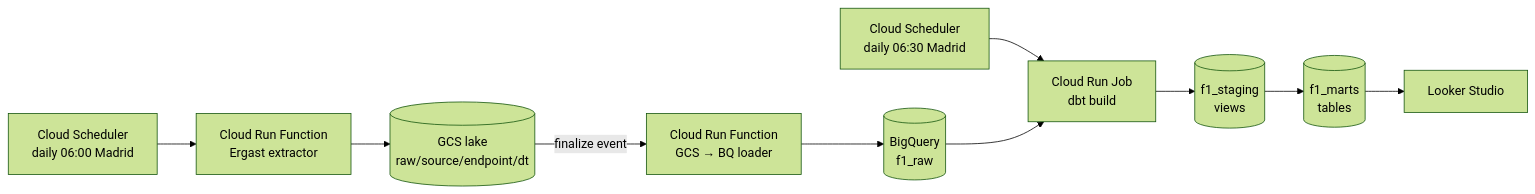
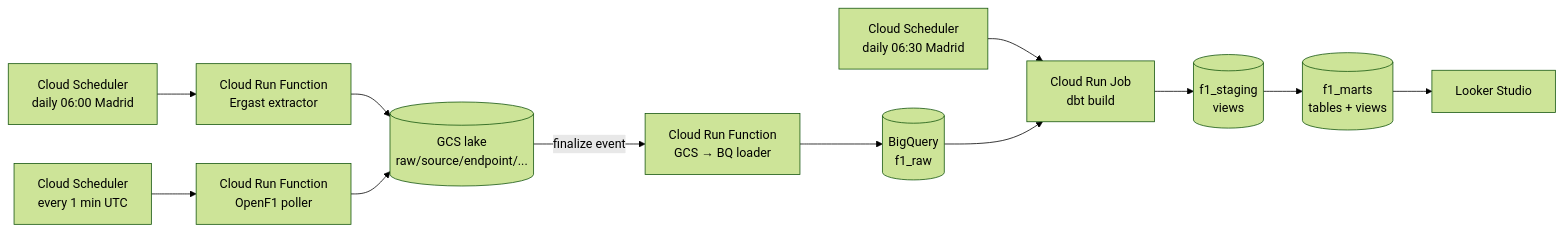
Before and after one commit to mkhlndrv/f1-gcp-pipeline: the diagram in README.md, drawn with Mermaid (forest theme). The commit also changed other lines of this file, not shown here.

````diff
--- a/README.md
+++ b/README.md
@@ -23,11 +28,13 @@
 ```mermaid
 flowchart LR
     SCH1[Cloud Scheduler<br/>daily 06:00 Madrid] --> EXT1[Cloud Run Function<br/>Ergast extractor]
-    EXT1 --> GCS[(GCS lake<br/>raw/source/endpoint/dt)]
+    SCH2[Cloud Scheduler<br/>every 1 min UTC] --> EXT2[Cloud Run Function<br/>OpenF1 poller]
+    EXT1 --> GCS[(GCS lake<br/>raw/source/endpoint/...)]
+    EXT2 --> GCS
     GCS -- finalize event --> LOAD[Cloud Run Function<br/>GCS → BQ loader]
     LOAD --> RAW[(BigQuery<br/>f1_raw)]
     SCH3[Cloud Scheduler<br/>daily 06:30 Madrid] --> DBT[Cloud Run Job<br/>dbt build]
     RAW --> DBT --> STG[(f1_staging<br/>views)]
-    STG --> MARTS[(f1_marts<br/>tables)]
+    STG --> MARTS[(f1_marts<br/>tables + views)]
     MARTS --> LS[Looker Studio]
 ```
````
